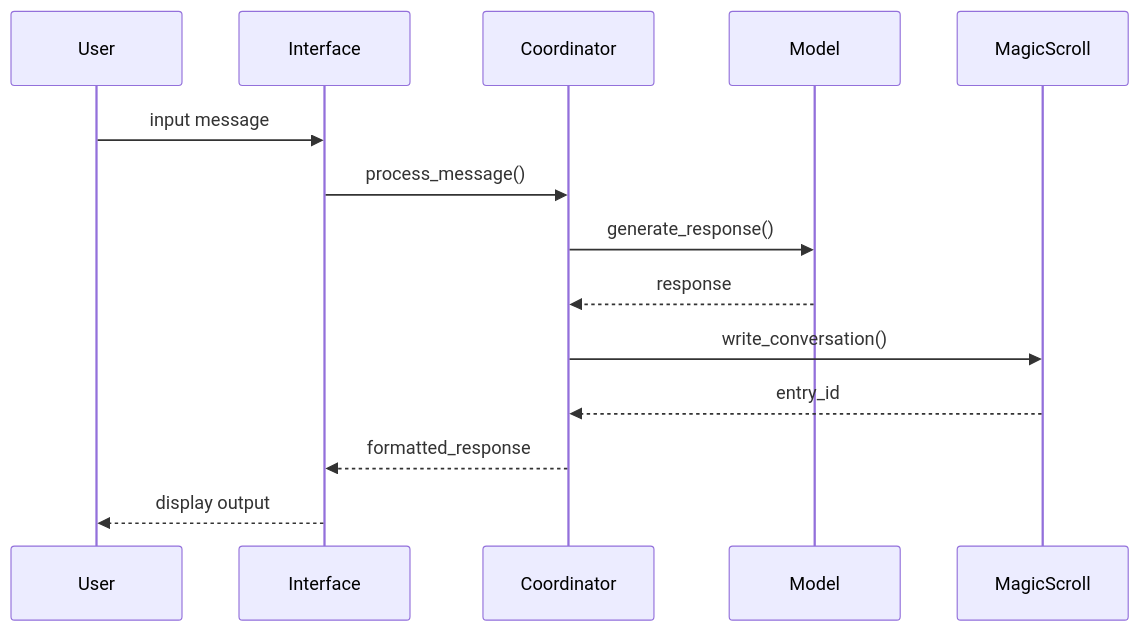
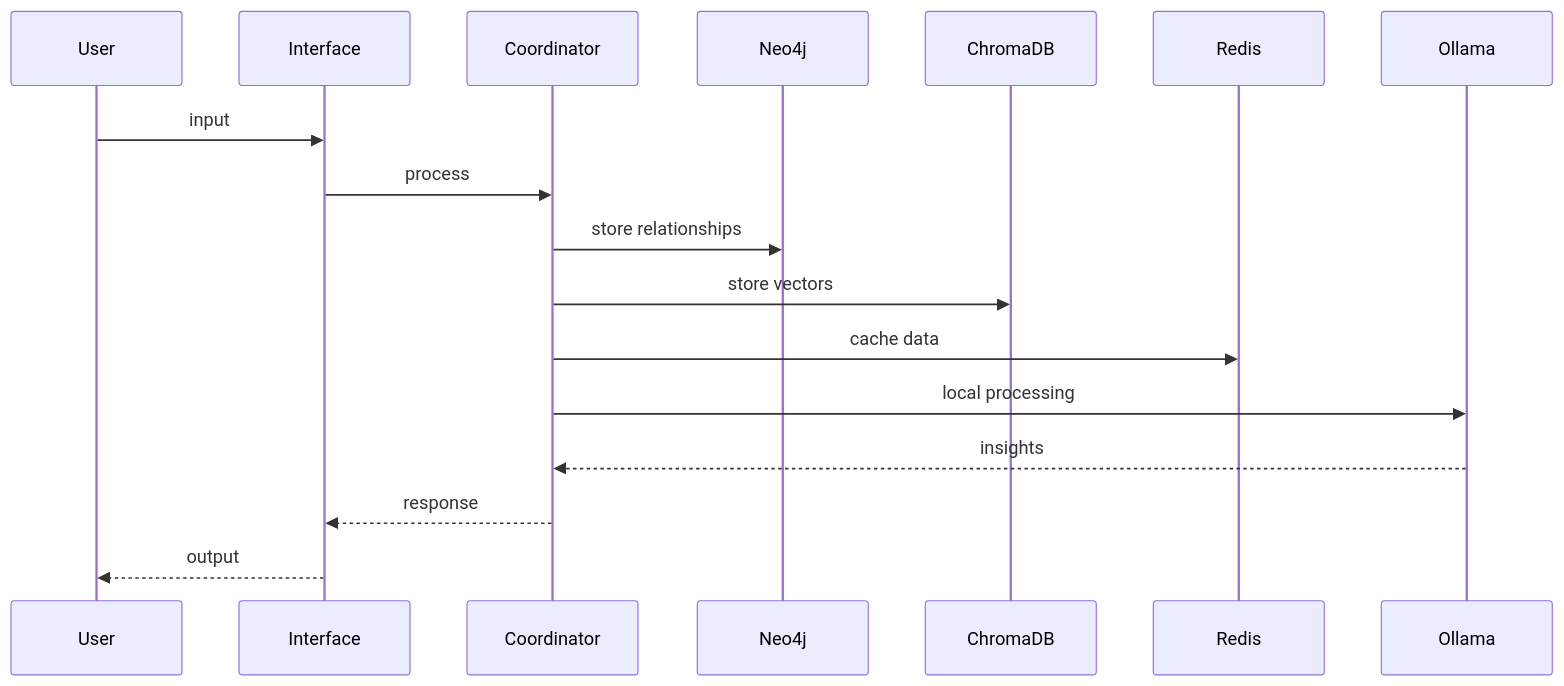
The first of 2 diagrams in docs/THIS_EXPLAINS_EVERYTHING.md (goodlux/scramble), drawn with Mermaid before and after one commit. The commit also changed other lines of this file and 2 other files, not shown here.

````diff
--- a/docs/THIS_EXPLAINS_EVERYTHING.md
+++ b/docs/THIS_EXPLAINS_EVERYTHING.md
@@ -71,17 +63,20 @@
-   ```mermaid
-   sequenceDiagram
-       participant User
-       participant Interface
-       participant Coordinator
-       participant Model
-       participant MagicScroll
-       
-       User->>Interface: input message
-       Interface->>Coordinator: process_message()
-       Coordinator->>Model: generate_response()
-       Model-->>Coordinator: response
-       Coordinator->>MagicScroll: write_conversation()
-       MagicScroll-->>Coordinator: entry_id
-       Coordinator-->>Interface: formatted_response
-       Interface-->>User: display output
-   ```
+```mermaid
+sequenceDiagram
+    participant User
+    participant Interface
+    participant Coordinator
+    participant Neo4j
+    participant ChromaDB
+    participant Redis
+    participant Ollama
+    
+    User->>Interface: input
+    Interface->>Coordinator: process
+    Coordinator->>Neo4j: store relationships
+    Coordinator->>ChromaDB: store vectors
+    Coordinator->>Redis: cache data
+    Coordinator->>Ollama: local processing
+    Ollama-->>Coordinator: insights
+    Coordinator-->>Interface: response
+    Interface-->>User: output
+```
````
